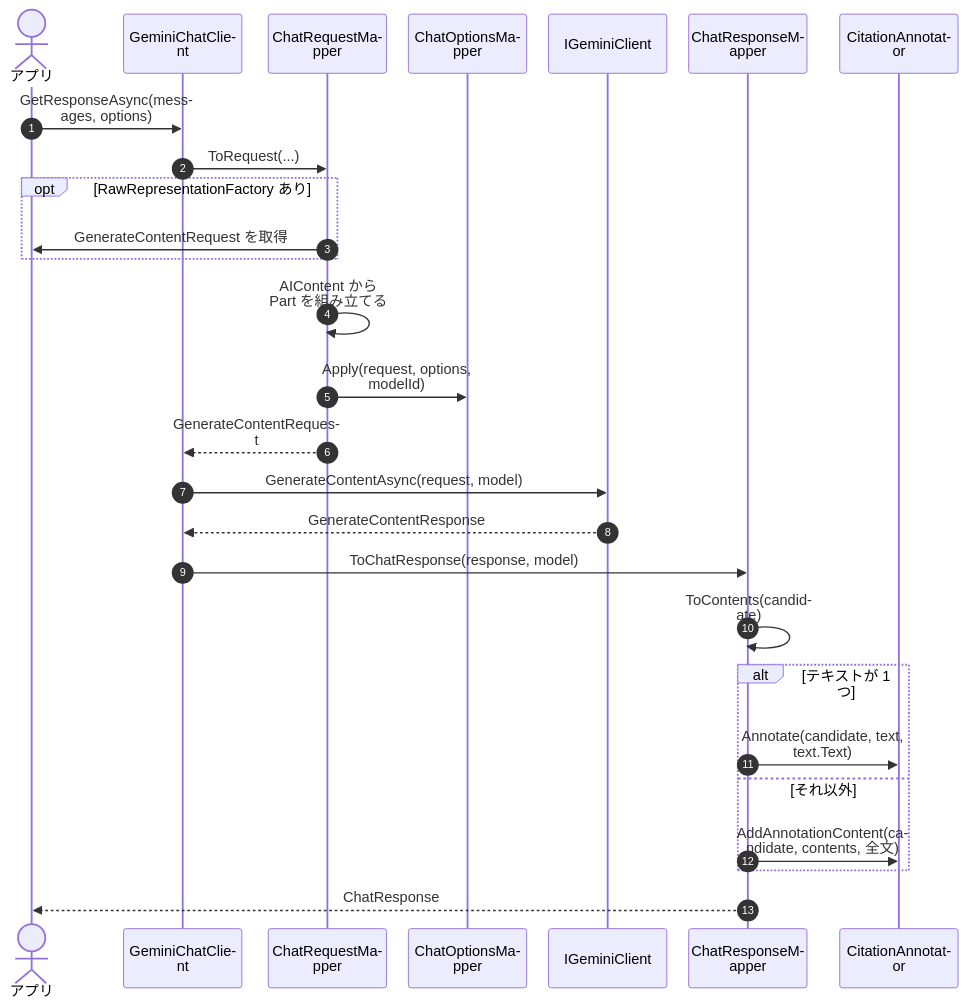
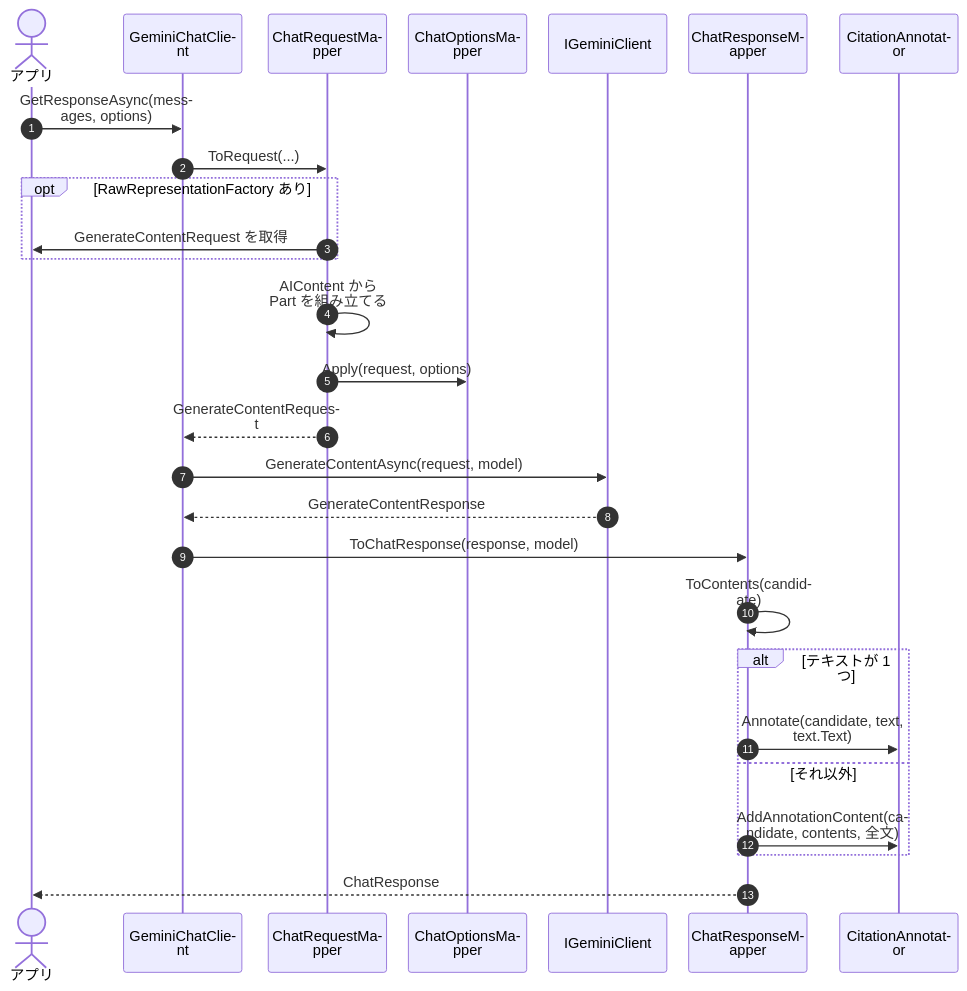
One commit to Osg-Junue/GeminiGatewayClient changed the eighth of 15 diagrams in docs/ARCHITECTURE.md. Above: the diagram before and after it, drawn with Mermaid. The commit also changed other lines of this file and 73 other files, not shown here.

````diff
--- a/docs/ARCHITECTURE.md
+++ b/docs/ARCHITECTURE.md
@@ -456,31 +443,31 @@
 ```mermaid
 %%{init: {'sequence': {'wrap': true, 'actorMargin': 24, 'width': 130, 'messageMargin': 30}}}%%
 sequenceDiagram
     autonumber
     actor App as アプリ
     participant Chat as GeminiChatClient
     participant Req as ChatRequestMapper
     participant Options as ChatOptionsMapper
     participant Client as IGeminiClient
     participant Res as ChatResponseMapper
     participant Cite as CitationAnnotator
 
     App->>Chat: GetResponseAsync(messages, options)
     Chat->>Req: ToRequest(...)
     opt RawRepresentationFactory あり
         Req->>App: GenerateContentRequest を取得
     end
     Req->>Req: AIContent から Part を組み立てる
-    Req->>Options: Apply(request, options, modelId)
+    Req->>Options: Apply(request, options)
     Req-->>Chat: GenerateContentRequest
     Chat->>Client: GenerateContentAsync(request, model)
     Client-->>Chat: GenerateContentResponse
     Chat->>Res: ToChatResponse(response, model)
     Res->>Res: ToContents(candidate)
     alt テキストが 1 つ
         Res->>Cite: Annotate(candidate, text, text.Text)
     else それ以外
         Res->>Cite: AddAnnotationContent(candidate, contents, 全文)
     end
     Res-->>App: ChatResponse
 ```
````
